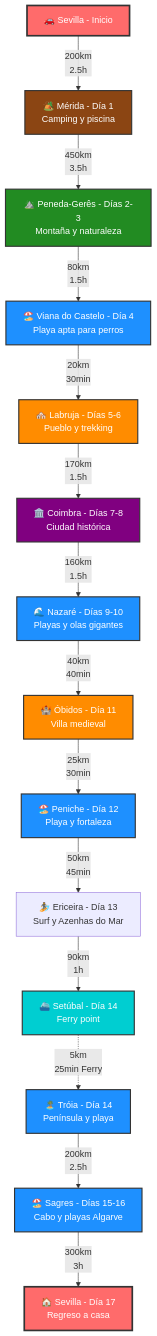
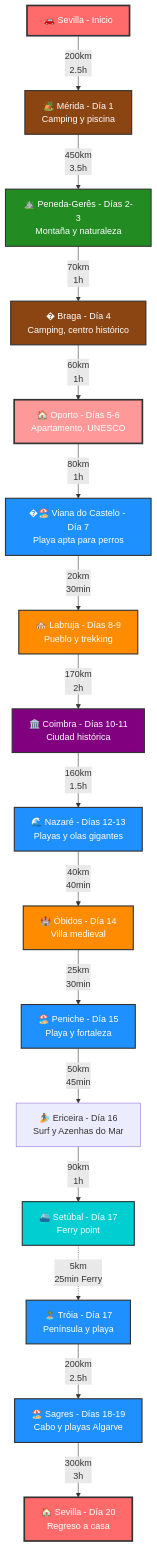
Before and after one commit to carlosrodlop/carlosrodlop-docs: the first of 4 diagrams in trips/Portugal_2025.md, drawn with Mermaid. The commit also changed other lines of this file, not shown here.

Commit message:
doc: añadiendo 20 días

````diff
--- a/trips/Portugal_2025.md
+++ b/trips/Portugal_2025.md
@@ -28,35 +28,40 @@
 ```mermaid
 flowchart TD
     A[🚗 Sevilla - Inicio] -->|200km<br/>2.5h| B[🏕️ Mérida - Día 1<br/>Camping y piscina]
     B -->|450km<br/>3.5h| C[⛰️ Peneda-Gerês - Días 2-3<br/>Montaña y naturaleza]
-    C -->|80km<br/>1.5h| D[🏖️ Viana do Castelo - Día 4<br/>Playa apta para perros]
-    D -->|20km<br/>30min| E[🏘️ Labruja - Días 5-6<br/>Pueblo y trekking]
-    E -->|170km<br/>1.5h| F[🏛️ Coimbra - Días 7-8<br/>Ciudad histórica]
-    F -->|160km<br/>1.5h| G[🌊 Nazaré - Días 9-10<br/>Playas y olas gigantes]
-    G -->|40km<br/>40min| H[🏰 Óbidos - Día 11<br/>Villa medieval]
-    H -->|25km<br/>30min| I[🏖️ Peniche - Día 12<br/>Playa y fortaleza]
-    I -->|50km<br/>45min| J[🏄 Ericeira - Día 13<br/>Surf y Azenhas do Mar]
-    J -->|90km<br/>1h| K[⛴️ Setúbal - Día 14<br/>Ferry point]
-    K -.->|5km<br/>25min Ferry| L[🏝️ Tróia - Día 14<br/>Península y playa]
-    L -->|200km<br/>2.5h| M[🏖️ Sagres - Días 15-16<br/>Cabo y playas Algarve]
-    M -->|300km<br/>3h| N[🏠 Sevilla - Día 17<br/>Regreso a casa]
+    C -->|70km<br/>1h| D[�️ Braga - Día 4<br/>Camping, centro histórico]
+    D -->|60km<br/>1h| E[🏠 Oporto - Días 5-6<br/>Apartamento, UNESCO]
+    E -->|80km<br/>1h| F[�🏖️ Viana do Castelo - Día 7<br/>Playa apta para perros]
+    F -->|20km<br/>30min| G[🏘️ Labruja - Días 8-9<br/>Pueblo y trekking]
+    G -->|170km<br/>2h| H[🏛️ Coimbra - Días 10-11<br/>Ciudad histórica]
+    H -->|160km<br/>1.5h| I[🌊 Nazaré - Días 12-13<br/>Playas y olas gigantes]
+    I -->|40km<br/>40min| J[🏰 Óbidos - Día 14<br/>Villa medieval]
+    J -->|25km<br/>30min| K[🏖️ Peniche - Día 15<br/>Playa y fortaleza]
+    K -->|50km<br/>45min| L[🏄 Ericeira - Día 16<br/>Surf y Azenhas do Mar]
+    L -->|90km<br/>1h| M[⛴️ Setúbal - Día 17<br/>Ferry point]
+    M -.->|5km<br/>25min Ferry| N[🏝️ Tróia - Día 17<br/>Península y playa]
+    N -->|200km<br/>2.5h| O[🏖️ Sagres - Días 18-19<br/>Cabo y playas Algarve]
+    O -->|300km<br/>3h| P[🏠 Sevilla - Día 20<br/>Regreso a casa]
 
     %% Estilos
     classDef inicio fill:#ff6b6b,stroke:#333,stroke-width:3px,color:#fff
     classDef camping fill:#8b4513,stroke:#333,stroke-width:2px,color:#fff
     classDef montaña fill:#228b22,stroke:#333,stroke-width:2px,color:#fff
     classDef playa fill:#1e90ff,stroke:#333,stroke-width:2px,color:#fff
     classDef ciudad fill:#800080,stroke:#333,stroke-width:2px,color:#fff
     classDef pueblo fill:#ff8c00,stroke:#333,stroke-width:2px,color:#fff
     classDef ferry fill:#00ced1,stroke:#333,stroke-width:2px,color:#fff
+    classDef apartamento fill:#ff9999,stroke:#333,stroke-width:3px,color:#fff
     classDef final fill:#ff6b6b,stroke:#333,stroke-width:3px,color:#fff
 
     class A inicio
     class B camping
     class C montaña
-    class D,G,I,L,M playa
-    class F ciudad
-    class E,H pueblo
-    class K ferry
-    class N final
+    class D camping
+    class E apartamento
+    class F,I,K,N,O playa
+    class H ciudad
+    class G,J pueblo
+    class M ferry
+    class P final
 ```
````
